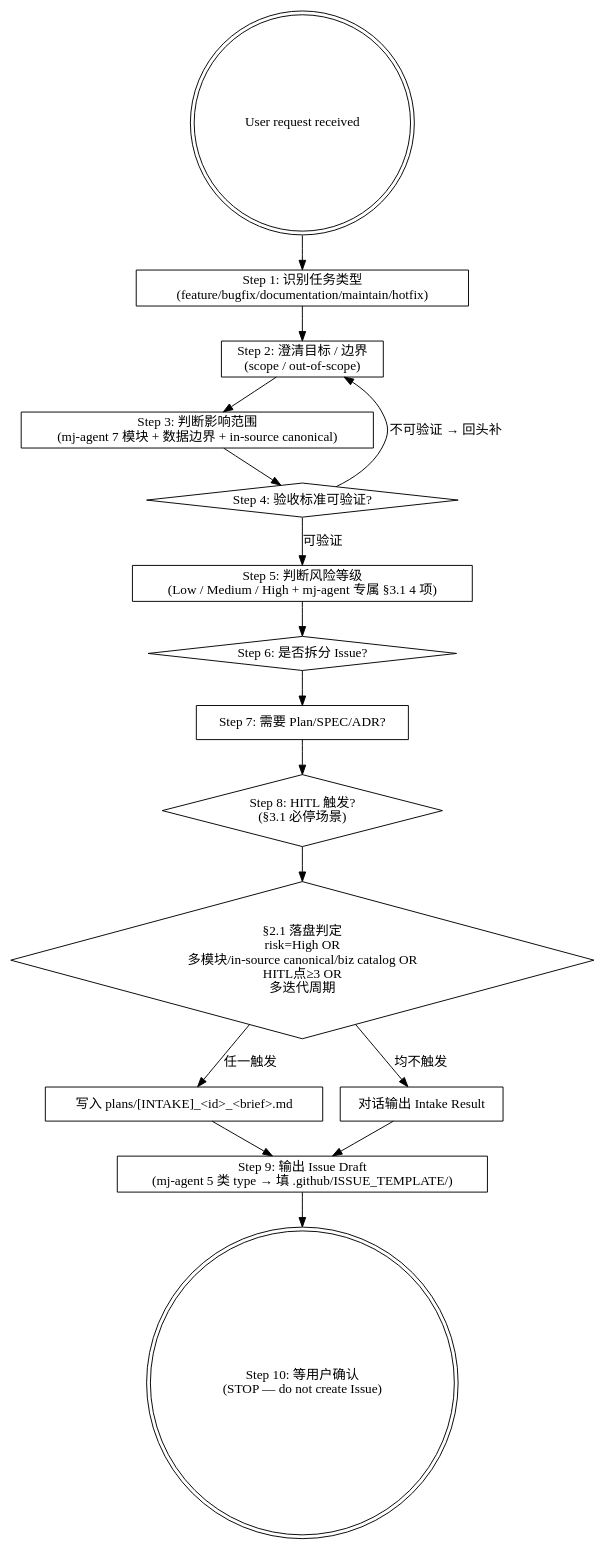
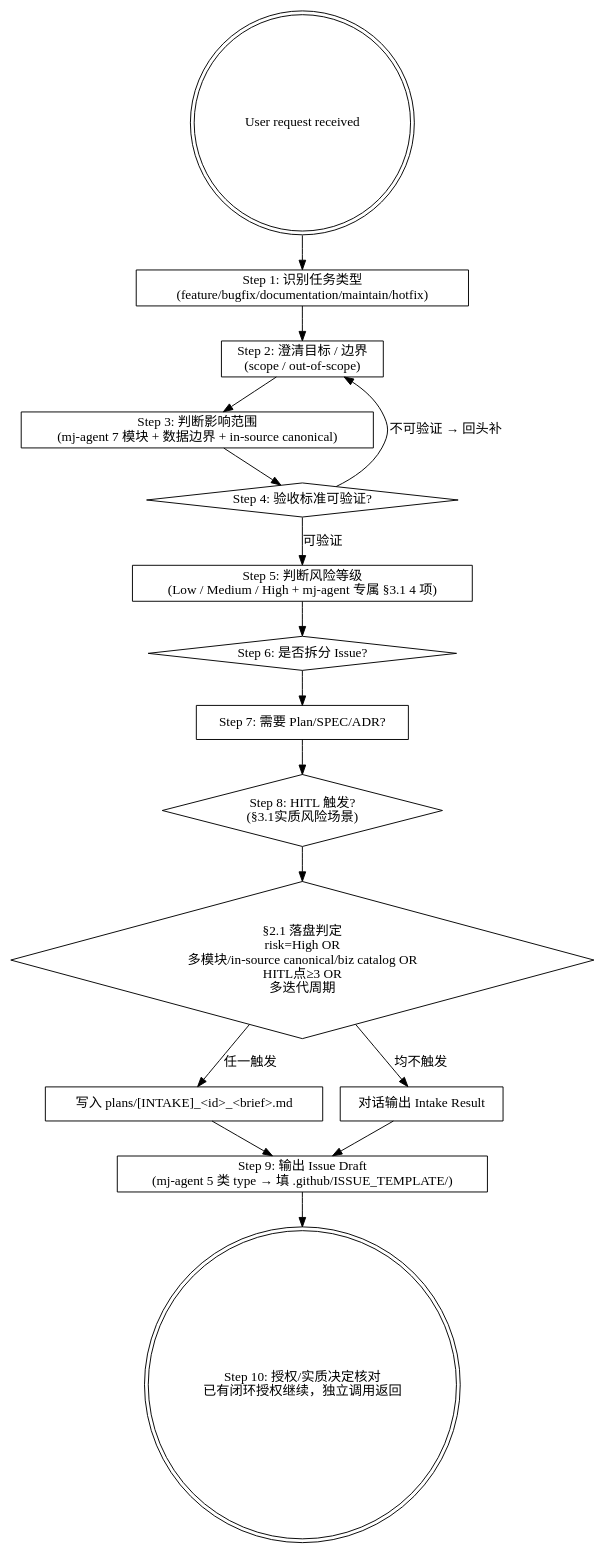
One commit to MJ-AgentLab/mj-agent changed the diagram in .agents/skills/mj-agent-flow-intake/SKILL.md. Above: the diagram before and after it, drawn with Graphviz. The commit also changed other lines of this file and 134 other files, not shown here.

````diff
--- a/.agents/skills/mj-agent-flow-intake/SKILL.md
+++ b/.agents/skills/mj-agent-flow-intake/SKILL.md
@@ -37,33 +38,33 @@
 ```dot
 digraph intake {
   rankdir=TB;
   start [label="User request received" shape=doublecircle];
 
   s1 [label="Step 1: 识别任务类型\n(feature/bugfix/documentation/maintain/hotfix)" shape=box];
   s2 [label="Step 2: 澄清目标 / 边界\n(scope / out-of-scope)" shape=box];
   s3 [label="Step 3: 判断影响范围\n(mj-agent 7 模块 + 数据边界 + in-source canonical)" shape=box];
   s4 [label="Step 4: 验收标准可验证?" shape=diamond];
   s5 [label="Step 5: 判断风险等级\n(Low / Medium / High + mj-agent 专属 §3.1 4 项)" shape=box];
   s6 [label="Step 6: 是否拆分 Issue?" shape=diamond];
   s7 [label="Step 7: 需要 Plan/SPEC/ADR?" shape=box];
-  s8 [label="Step 8: HITL 触发?\n(§3.1 必停场景)" shape=diamond];
+  s8 [label="Step 8: HITL 触发?\n(§3.1实质风险场景)" shape=diamond];
 
   落盘判定 [label="§2.1 落盘判定\nrisk=High OR\n多模块/in-source canonical/biz catalog OR\nHITL点≥3 OR\n多迭代周期" shape=diamond];
 
   落盘 [label="写入 plans/[INTAKE]_<id>_<brief>.md" shape=box];
   对话输出 [label="对话输出 Intake Result" shape=box];
 
   s9 [label="Step 9: 输出 Issue Draft\n(mj-agent 5 类 type → 填 .github/ISSUE_TEMPLATE/)" shape=box];
-  hitl [label="Step 10: 等用户确认\n(STOP — do not create Issue)" shape=doublecircle];
+  hitl [label="Step 10: 授权/实质决定核对\n已有闭环授权继续，独立调用返回" shape=doublecircle];
 
   start -> s1 -> s2 -> s3 -> s4;
   s4 -> s5 [label="可验证"];
   s4 -> s2 [label="不可验证 → 回头补"];
   s5 -> s6 -> s7 -> s8 -> 落盘判定;
   落盘判定 -> 落盘 [label="任一触发"];
   落盘判定 -> 对话输出 [label="均不触发"];
   落盘 -> s9;
   对话输出 -> s9;
   s9 -> hitl;
 }
 ```
````
